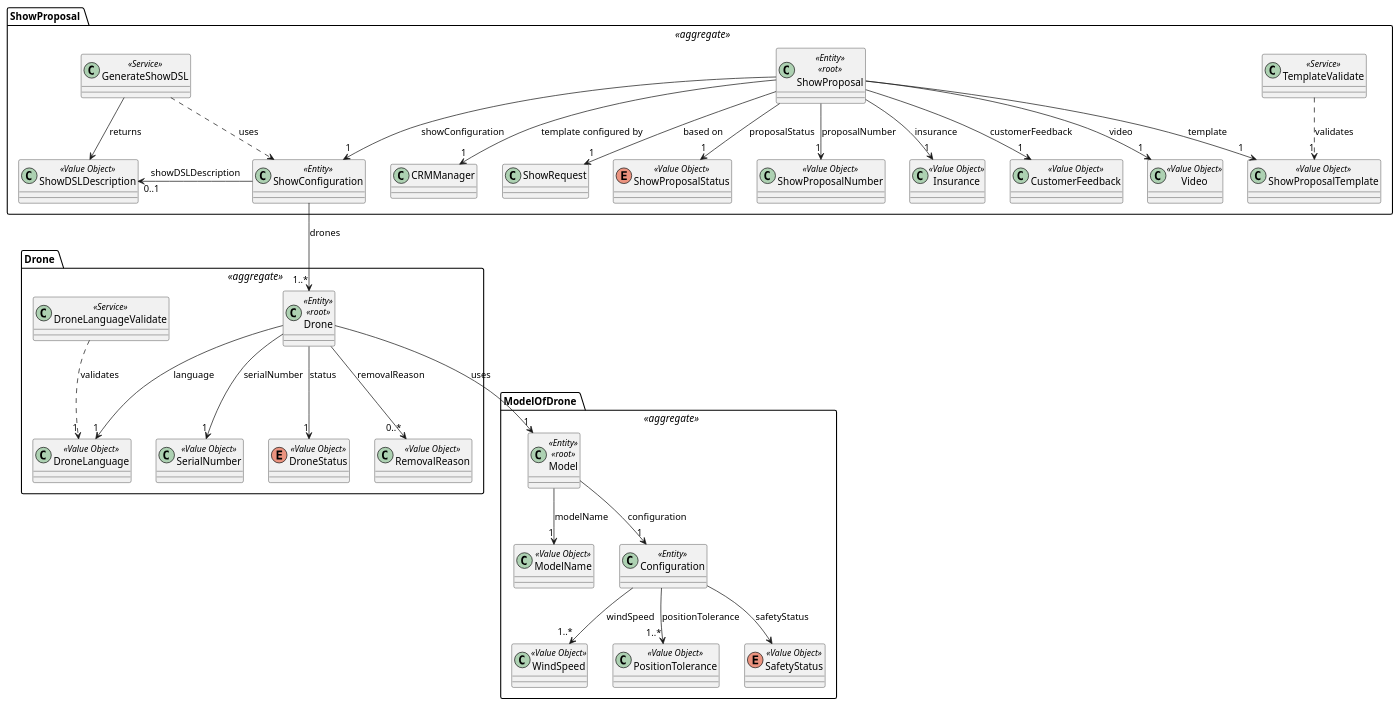
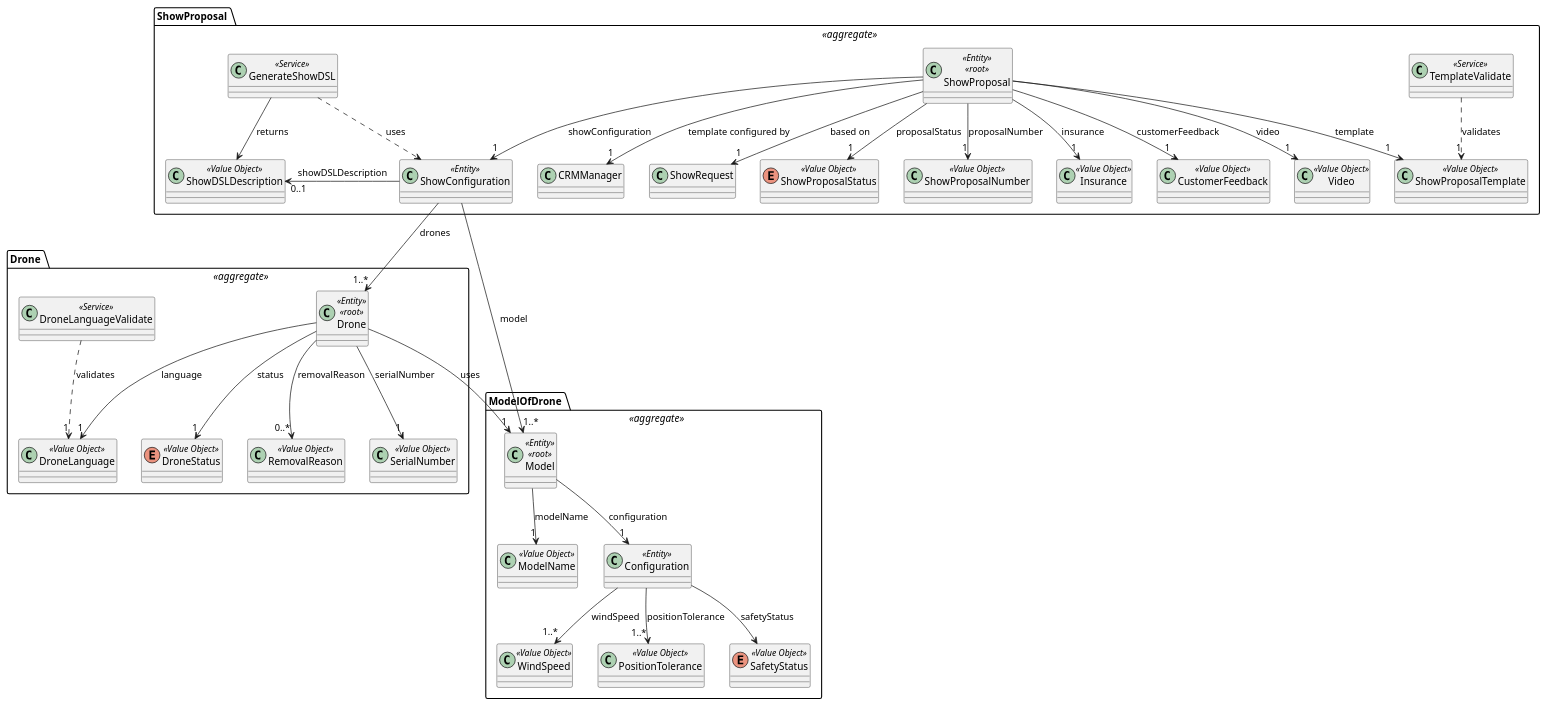
Before and after one commit to diogoveirospro/sem4pi-2024-2025-sem4pi_2024_2025_g44: the diagram in docs/SPRINT_3/US311/puml/domain_model_us311.puml, drawn with PlantUML. The commit also changed 6 other files, not shown here.

```diff
--- a/docs/SPRINT_3/US311/puml/domain_model_us311.puml
+++ b/docs/SPRINT_3/US311/puml/domain_model_us311.puml
@@ -1,123 +1,124 @@
 @startuml
 
 package "Drone " <<aggregate>> {
 
     class Drone <<Entity>> <<root>>{
     }
 
     class SerialNumber <<Value Object>>{
     }
 
     enum DroneStatus <<Value Object>>{
     }
 
     class RemovalReason <<Value Object>>{
     }
 
     class DroneLanguage <<Value Object>>{
     }
 
     class DroneLanguageValidate <<Service>>{
     }
 
     'Drone -> x
     Drone --> "1" DroneStatus: status
     Drone --> "1" SerialNumber: serialNumber
     Drone --> "0..*" RemovalReason: removalReason
     Drone --> "1" DroneLanguage: language
 
     'DroneLanguageValidate -> x
     DroneLanguageValidate ..> "1" DroneLanguage: validates
 }
 
 package "ModelOfDrone " <<aggregate>> {
 
     class Model <<Entity>> <<root>>{
     }
     class ModelName <<Value Object>>{
     }
     class Configuration <<Entity>>{
     }
 
     class WindSpeed <<Value Object>>{
     }
 
     class PositionTolerance <<Value Object>>{
     }
 
     enum SafetyStatus <<Value Object>>{
     }
 
     'Model -> x
     Model --> "1" Configuration: configuration
     Configuration --> "1..*" WindSpeed: windSpeed
     Configuration --> "1..*" PositionTolerance: positionTolerance
     Model --> "1" ModelName: modelName
     Configuration --> SafetyStatus: safetyStatus
 
 
     'Drone -> x
     Drone --> "1" Model: uses
 
 }
 
 package "ShowProposal " <<aggregate>>{
 
     enum ShowProposalStatus <<Value Object>>{
     }
 
     class ShowProposal <<Entity>> <<root>>{
     }
 
     class ShowProposalTemplate <<Value Object>>{
     }
 
     class ShowProposalNumber <<Value Object>>{
     }
 
     class Insurance <<Value Object>>{
     }
 
     class CustomerFeedback <<Value Object>>{
     }
 
     class ShowConfiguration <<Entity>>{
     }
 
     class Video <<Value Object>>{
     }
 
     class TemplateValidate <<Service>> {
     }
 
     class ShowDSLDescription <<Value Object>> {
     }
 
     class GenerateShowDSL <<Service>> {
     }
 
     'ShowProposal -> x
     ShowProposal --> "1" CustomerFeedback: customerFeedback
     ShowProposal --> "1" CRMManager: template configured by
     ShowProposal --> "1" ShowRequest: based on
     ShowProposal --> "1" ShowProposalStatus: proposalStatus
     ShowProposal --> "1" ShowProposalTemplate: template
     ShowProposal --> "1" ShowProposalNumber: proposalNumber
     ShowProposal --> "1" Insurance: insurance
     ShowProposal --> "1" ShowConfiguration: showConfiguration
     ShowProposal --> "1" Video: video
 
     'GenerateShowDSL -> x
     GenerateShowDSL ..> ShowConfiguration: uses
     GenerateShowDSL --> ShowDSLDescription: returns
 
     'TemplateValidate -> x
     TemplateValidate ..> "1" ShowProposalTemplate: validates
 
     'ShowConfiguration -> x
     ShowConfiguration --> "1..*" Drone: drones
     ShowConfiguration -> "0..1" ShowDSLDescription: showDSLDescription
+        ShowConfiguration --> "1..*" Model: model
 
 }
 
 @enduml
```
